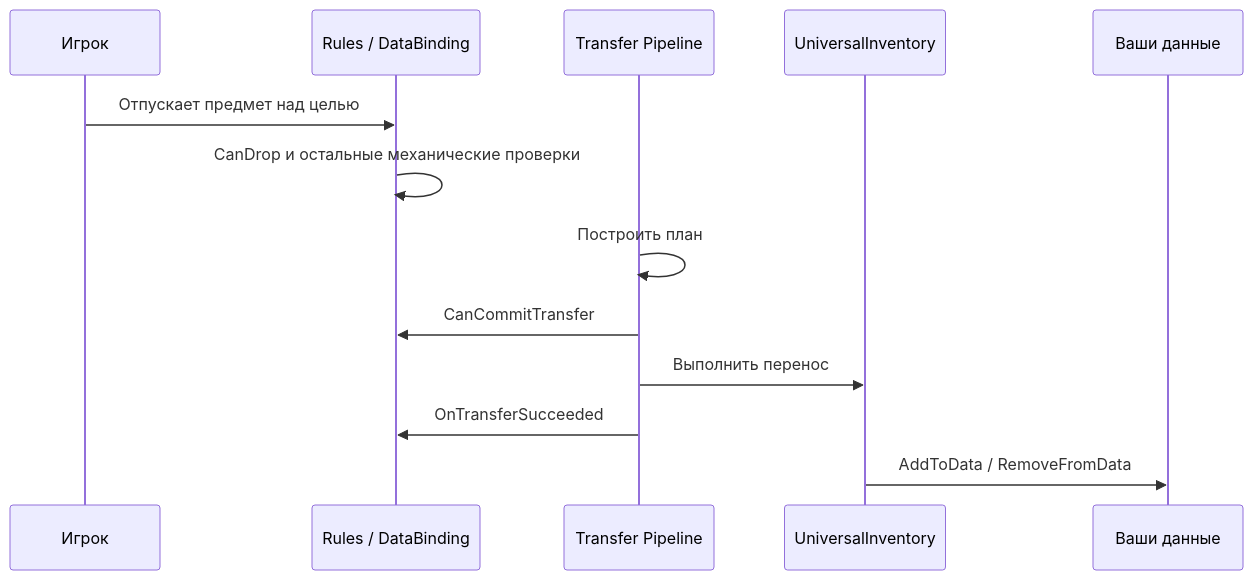
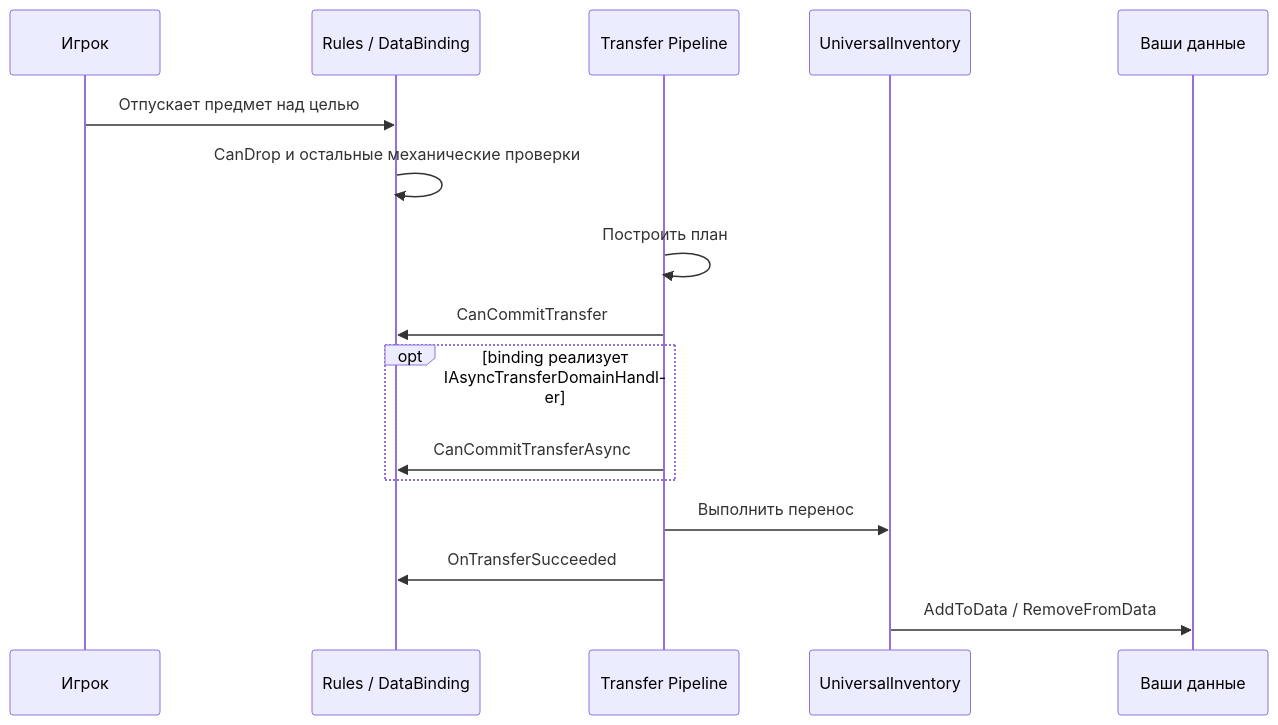
One commit to SergeevSergey99/DragAndDropSystem-Docs changed the second of 5 diagrams in .docs/content/architecture/transfer-pipeline.md. Above: the diagram before and after it, drawn with Mermaid. The commit also changed other lines of this file and 7 other files, not shown here.

````diff
--- a/.docs/content/architecture/transfer-pipeline.md
+++ b/.docs/content/architecture/transfer-pipeline.md
@@ -23,16 +23,19 @@
 ```mermaid
 sequenceDiagram
     participant User as Игрок
     participant Rules as Rules / DataBinding
     participant Pipeline as Transfer Pipeline
     participant UI as UniversalInventory
     participant Data as Ваши данные
 
     User->>Rules: Отпускает предмет над целью
     Rules->>Rules: CanDrop и остальные механические проверки
     Pipeline->>Pipeline: Построить план
     Pipeline->>Rules: CanCommitTransfer
+    opt binding реализует IAsyncTransferDomainHandler
+        Pipeline->>Rules: CanCommitTransferAsync
+    end
     Pipeline->>UI: Выполнить перенос
     Pipeline->>Rules: OnTransferSucceeded
     UI->>Data: AddToData / RemoveFromData
 ```
````
